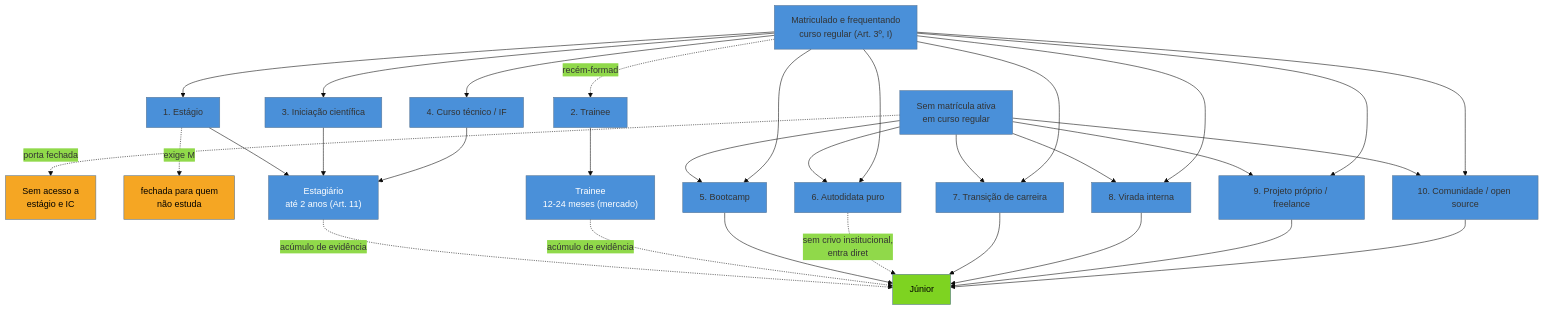
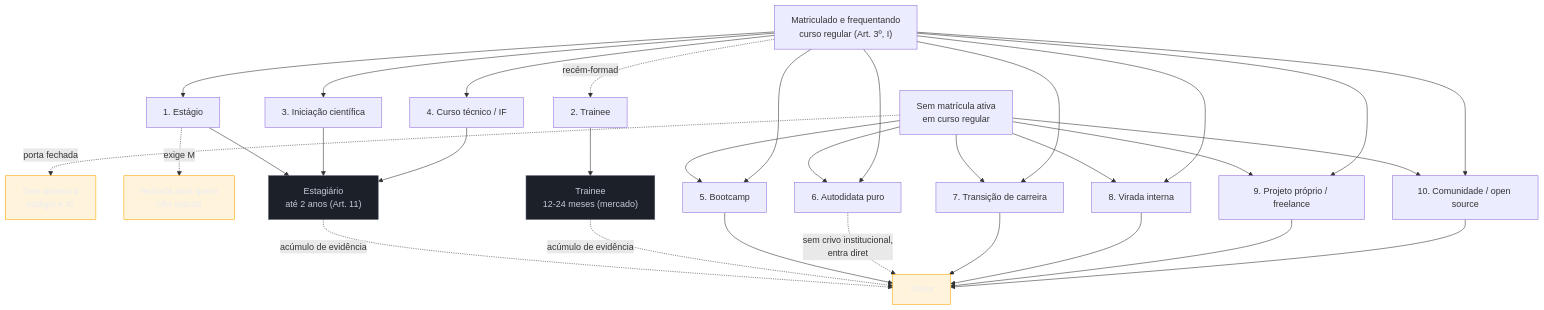
Before and after one commit to josenaldo/codex-technomanticus: the diagram in 03-Dominios/Carreira/Currículo/02 - As portas de entrada no mercado.md, drawn with Mermaid. The commit also changed 1181 other files, not shown here.

First line of the commit message:
fix(diagramas): paleta do sistema no lugar de cor cravada no markdown

````diff
--- a/03-Dominios/Carreira/Currículo/02 - As portas de entrada no mercado.md
+++ b/03-Dominios/Carreira/Currículo/02 - As portas de entrada no mercado.md
@@ -111,47 +111,48 @@
 ```mermaid
-%%{init: {"theme": "base", "themeVariables": {"primaryColor": "#4A90D9"}}}%%
 graph TD
+    classDef destaque fill:#FFAA0024,stroke:#FFAA00,color:#E9ECF2
+    classDef neutro fill:#1B2029,stroke:#4E5666,color:#C6CCD8
     M["Matriculado e frequentando<br/>curso regular (Art. 3º, I)"]
     S["Sem matrícula ativa<br/>em curso regular"]
 
     M --> P1["1. Estágio"]
     M --> P3["3. Iniciação científica"]
     M --> P4["4. Curso técnico / IF"]
     M -.recém-formado.-> P2["2. Trainee"]
 
     S -.porta fechada.-> FECH["Sem acesso a<br/>estágio e IC"]
     P1 -.exige M.-> FECH2["fechada para quem<br/>não estuda"]
 
     S --> P5["5. Bootcamp"]
     S --> P6["6. Autodidata puro"]
     S --> P7["7. Transição de carreira"]
     S --> P8["8. Virada interna"]
     S --> P9["9. Projeto próprio / freelance"]
     S --> P10["10. Comunidade / open source"]
     M --> P5
     M --> P6
     M --> P7
     M --> P8
     M --> P9
     M --> P10
 
     P1 --> EST["Estagiário<br/>até 2 anos (Art. 11)"]
     P3 --> EST
     P4 --> EST
     P2 --> TRA["Trainee<br/>12-24 meses (mercado)"]
 
     EST -.acúmulo de evidência.-> JR["Júnior"]
     TRA -.acúmulo de evidência.-> JR
     P5 --> JR
     P6 -.sem crivo institucional,<br/>entra direto.-> JR
     P7 --> JR
     P8 --> JR
     P9 --> JR
     P10 --> JR
 
-    style FECH fill:#F5A623,color:#000
-    style FECH2 fill:#F5A623,color:#000
-    style JR fill:#7ED321,color:#000
-    style EST fill:#4A90D9,color:#fff
-    style TRA fill:#4A90D9,color:#fff
+    class FECH destaque
+    class FECH2 destaque
+    class JR destaque
+    class EST neutro
+    class TRA neutro
 ```
````
